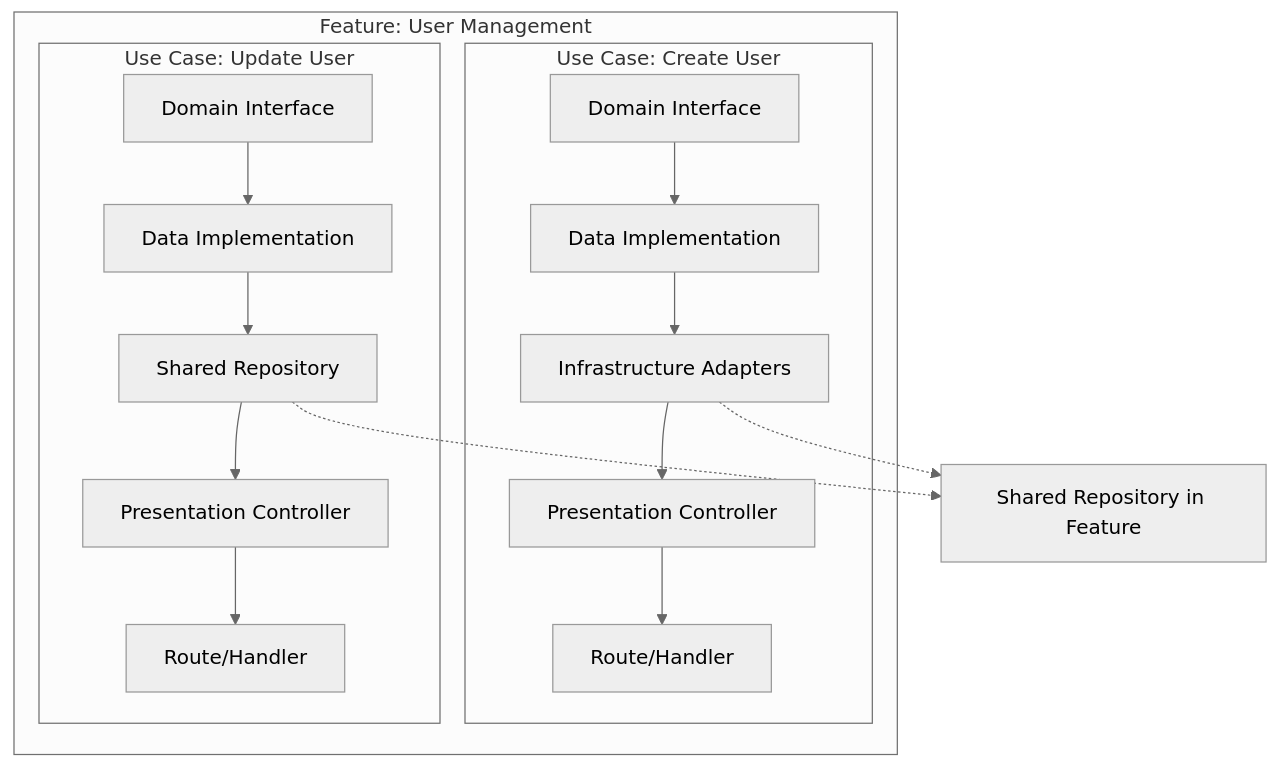
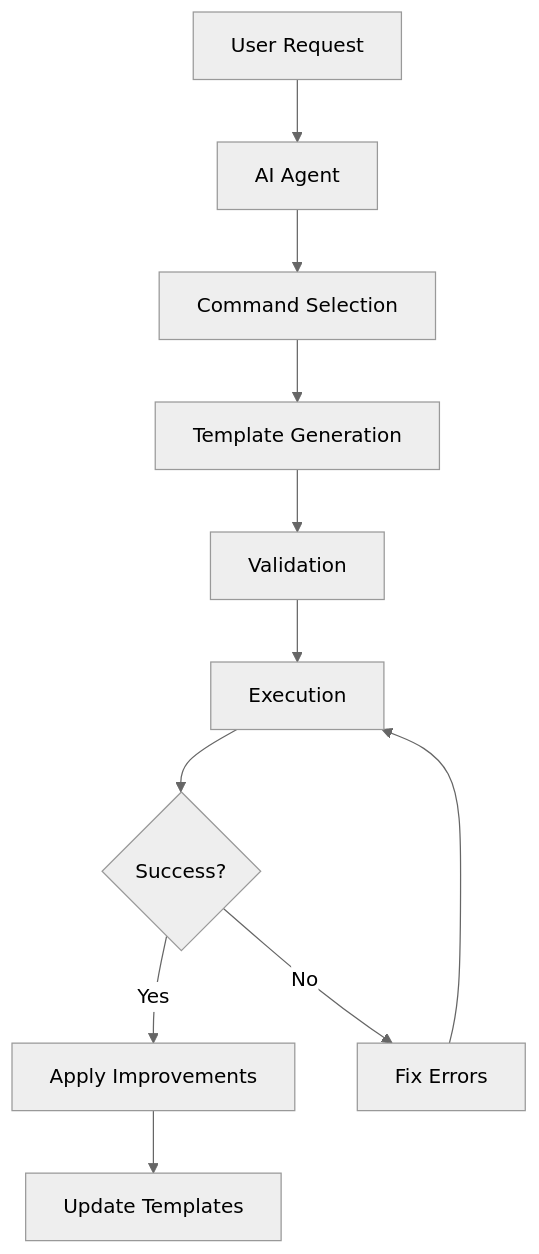
Before and after one commit to thiagobutignon/spec-kit-clean-archicteture: the second of 2 diagrams in README.md, drawn with Mermaid (neutral theme). The commit also changed other lines of this file, not shown here.

First line of the commit message:
docs: update README with v6.0 AI Agent Integration features

````diff
--- a/README.md
+++ b/README.md
@@ -113,21 +321,13 @@
 ```mermaid
 graph TD
-    subgraph "Feature: User Management"
-        subgraph "Use Case: Create User"
-            A1[Domain Interface] --> A2[Data Implementation]
-            A2 --> A3[Infrastructure Adapters]
-            A3 --> A4[Presentation Controller]
-            A4 --> A5[Route/Handler]
-        end
-
-        subgraph "Use Case: Update User"
-            B1[Domain Interface] --> B2[Data Implementation]
-            B2 --> B3[Shared Repository]
-            B3 --> B4[Presentation Controller]
-            B4 --> B5[Route/Handler]
-        end
-    end
-
-    A3 -.-> SR[Shared Repository in Feature]
-    B3 -.-> SR
+    A[User Request] --> B[AI Agent]
+    B --> C[Command Selection]
+    C --> D[Template Generation]
+    D --> E[Validation]
+    E --> F[Execution]
+    F --> G{Success?}
+    G -->|Yes| H[Apply Improvements]
+    G -->|No| I[Fix Errors]
+    I --> F
+    H --> J[Update Templates]
 ```
````
